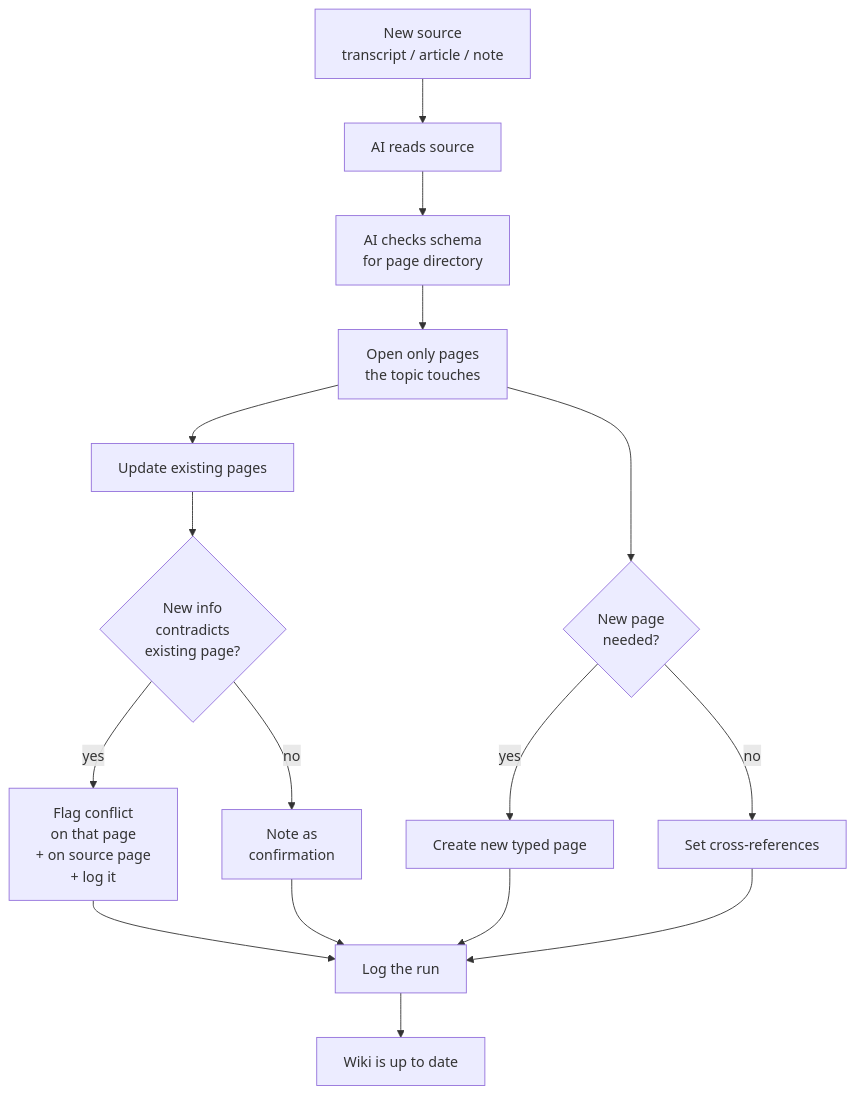
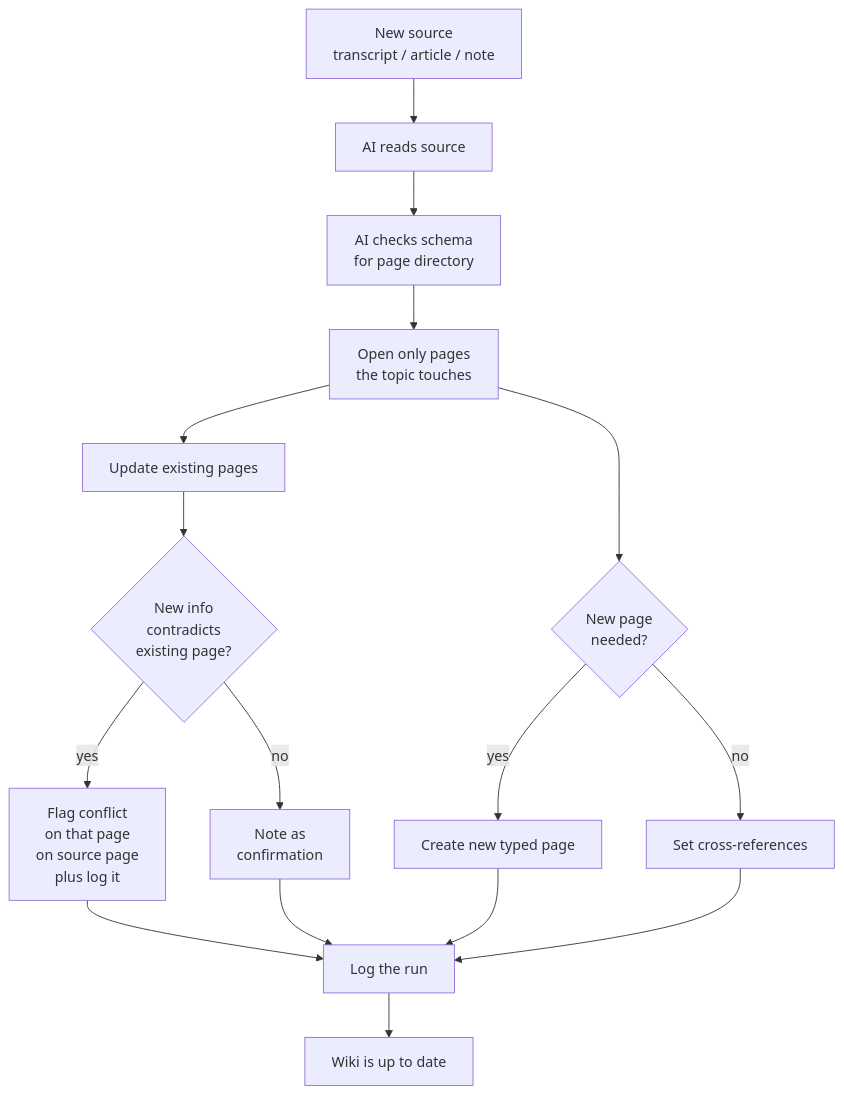
The fifth of 6 diagrams in content/Research/second-brain-build.md (xdflatline/quartz), drawn with Mermaid before and after one commit. The commit also changed 1 other file, not shown here.

Commit message:
fix: replace '+' in mermaid node labels that triggered marked list token

````diff
--- a/content/Research/second-brain-build.md
+++ b/content/Research/second-brain-build.md
@@ -148,18 +148,18 @@
 ```mermaid
 flowchart TD
     S[New source<br/>transcript / article / note] --> R[AI reads source]
     R --> D[AI checks schema<br/>for page directory]
     D --> F[Open only pages<br/>the topic touches]
     F --> U[Update existing pages]
     U --> C{New info<br/>contradicts<br/>existing page?}
-    C -- yes --> Flag[Flag conflict<br/>on that page<br/>+ on source page<br/>+ log it]
+    C -- yes --> Flag[Flag conflict<br/>on that page<br/>on source page<br/>plus log it]
     C -- no --> Confirm[Note as<br/>confirmation]
     F --> N{New page<br/>needed?}
     N -- yes --> Create[Create new typed page]
     N -- no --> Refs[Set cross-references]
     Refs --> Log[Log the run]
     Flag --> Log
     Confirm --> Log
     Create --> Log
     Log --> Done[Wiki is up to date]
 ```
````
